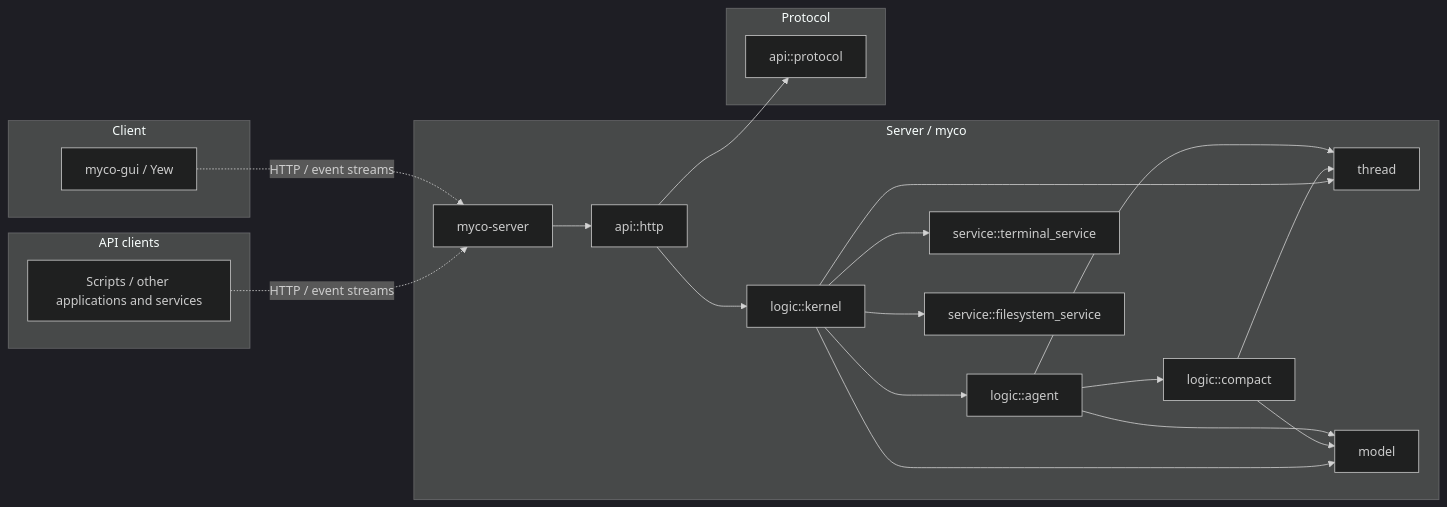
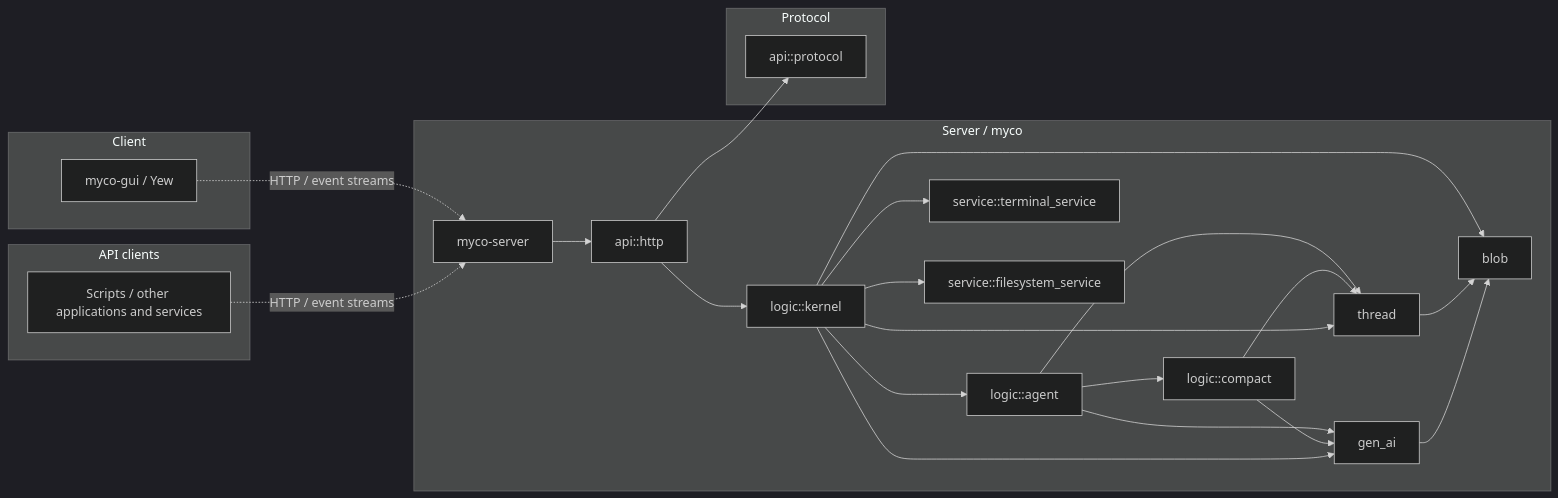
The diagram in DESIGN.md (tsnl/myco), drawn with Mermaid (dark theme) before and after one commit. The commit also changed other lines of this file and 22 other files, not shown here.

````diff
--- a/DESIGN.md
+++ b/DESIGN.md
@@ -29,31 +30,34 @@
 ```mermaid
 flowchart LR
     subgraph Server["Server / myco"]
         server[myco-server] --> http[api::http]
         http --> kernel[logic::kernel]
         kernel --> agent[logic::agent]
         agent --> compact[logic::compact]
         agent --> thread
-        agent --> model
+        agent --> gen_ai
         compact --> thread
-        compact --> model
+        compact --> gen_ai
         kernel --> thread
-        kernel --> model
+        kernel --> gen_ai
+        kernel --> blob
         thread[thread]
-        model[model]
+        gen_ai[gen_ai]
+        thread --> blob[blob]
+        gen_ai --> blob
         kernel --> terminal[service::terminal_service]
         kernel --> filesystem[service::filesystem_service]
     end
     subgraph Protocol
         protocol[api::protocol]
     end
     subgraph Client
         gui[myco-gui / Yew]
     end
     subgraph Integrations[API clients]
         scripts["Scripts / other applications and services"]
     end
     http --> protocol
     gui -. HTTP / event streams .-> server
     scripts -. HTTP / event streams .-> server
 ```
````
